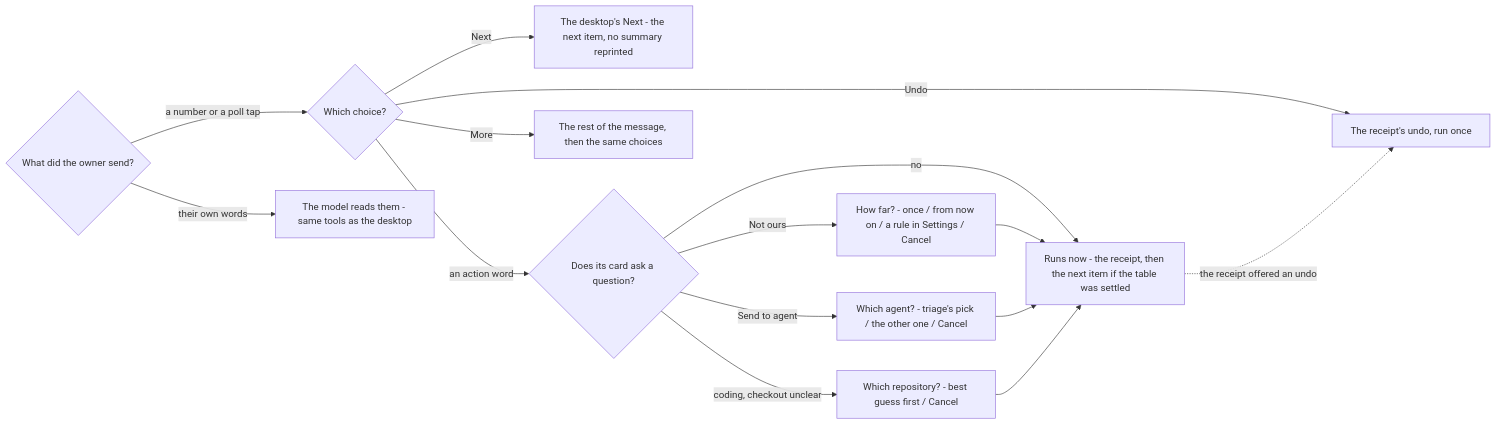
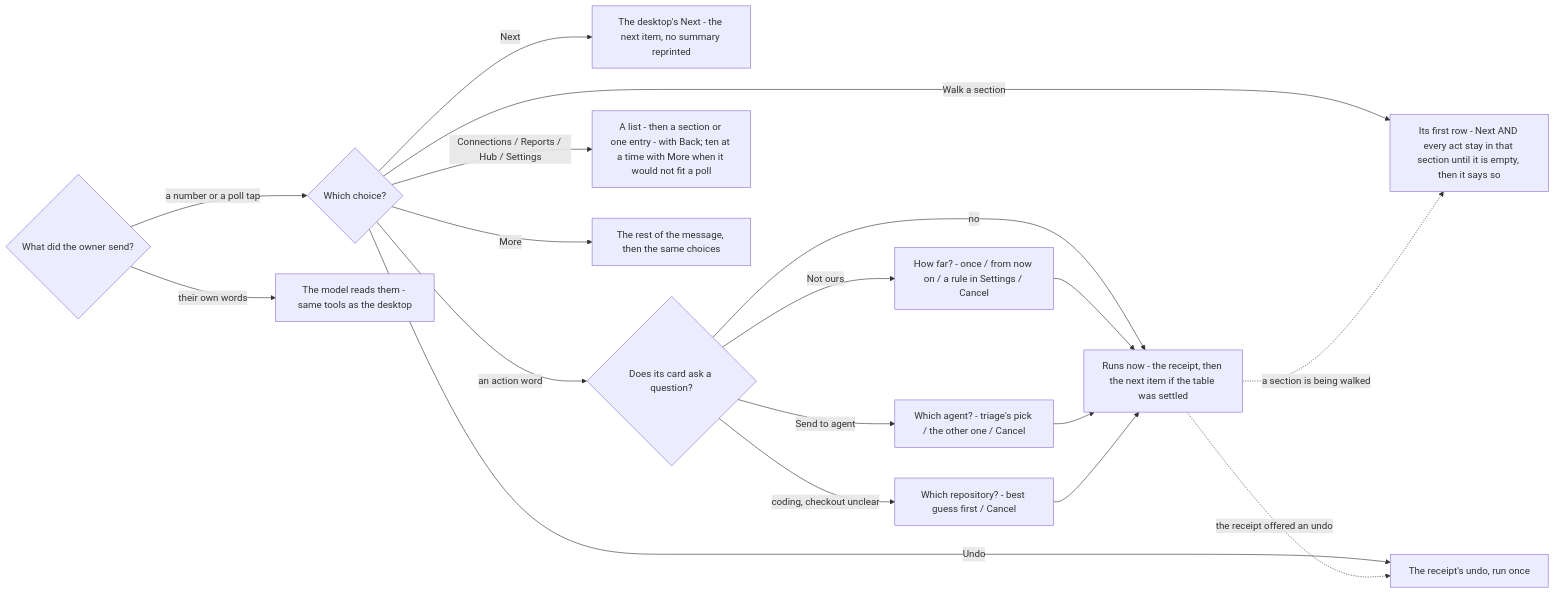
Before and after one commit to ldbumble/taskuary: the diagram in docs/phone-choices.md, drawn with Mermaid. The commit also changed other lines of this file and 36 other files, not shown here.

First line of the commit message:
Phone pass: sections hold through an act, polls fit, Reports and Hub on the phone, Later on the rail read; plain chat centred

````diff
--- a/docs/phone-choices.md
+++ b/docs/phone-choices.md
@@ -14,18 +14,21 @@
 ```mermaid
 flowchart LR
   P{"What did the owner send?"}
   P -->|a number or a poll tap| A{"Which choice?"}
   P -->|their own words| M["The model reads them - same tools as the desktop"]
   A -->|Next| N["The desktop's Next - the next item, no summary reprinted"]
   A -->|an action word| D{"Does its card ask a question?"}
   D -->|no| R["Runs now - the receipt, then the next item if the table was settled"]
   D -->|Not ours| H["How far? - once / from now on / a rule in Settings / Cancel"]
   D -->|Send to agent| W["Which agent? - triage's pick / the other one / Cancel"]
   D -->|coding, checkout unclear| C["Which repository? - best guess first / Cancel"]
   H --> R
   W --> R
   C --> R
   A -->|Undo| U["The receipt's undo, run once"]
+  A -->|Walk a section| S["Its first row - Next AND every act stay in that section until it is empty, then it says so"]
+  A -->|Connections / Reports / Hub / Settings| B["A list - then a section or one entry - with Back; ten at a time with More when it would not fit a poll"]
+  R -.->|a section is being walked| S
   A -->|More| O["The rest of the message, then the same choices"]
   R -.->|the receipt offered an undo| U
 ```
````
